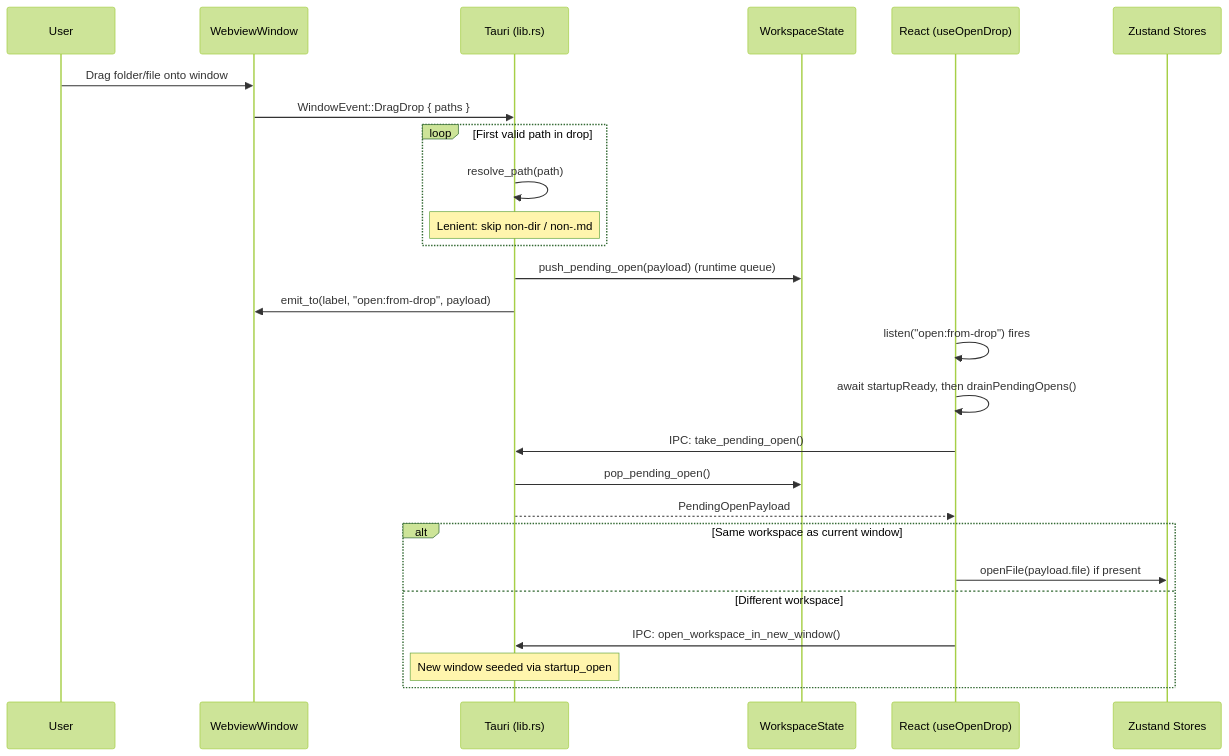
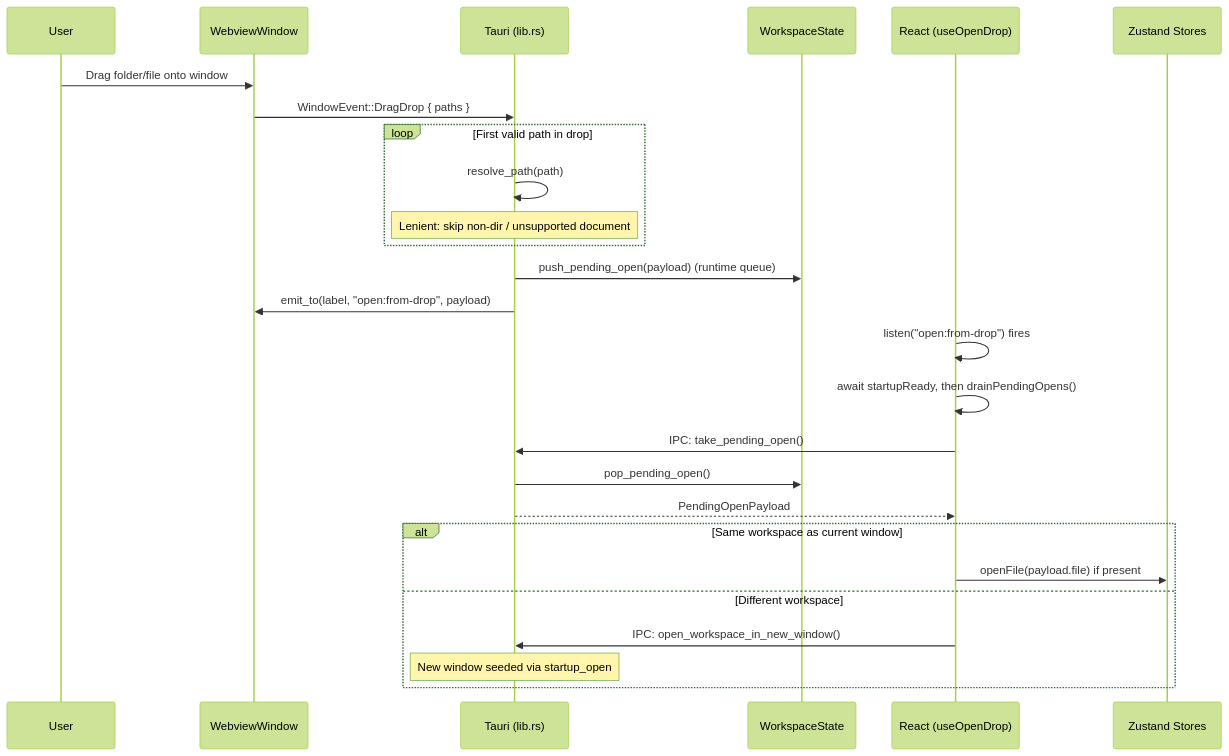
The second of 5 diagrams in docs/open-flow.md (Maidang1/writer-computer), drawn with Mermaid (forest theme) before and after one commit. The commit also changed other lines of this file and 53 other files, not shown here.

````diff
--- a/docs/open-flow.md
+++ b/docs/open-flow.md
@@ -84,31 +84,31 @@
 ```mermaid
 sequenceDiagram
     participant User
     participant WV as WebviewWindow
     participant Rust as Tauri (lib.rs)
     participant State as WorkspaceState
     participant React as React (useOpenDrop)
     participant Store as Zustand Stores
 
     User->>WV: Drag folder/file onto window
     WV->>Rust: WindowEvent::DragDrop { paths }
     loop First valid path in drop
         Rust->>Rust: resolve_path(path)
-        Note over Rust: Lenient: skip non-dir / non-.md
+        Note over Rust: Lenient: skip non-dir / unsupported document
     end
     Rust->>State: push_pending_open(payload)  (runtime queue)
     Rust->>WV: emit_to(label, "open:from-drop", payload)
 
     React->>React: listen("open:from-drop") fires
     React->>React: await startupReady, then drainPendingOpens()
     React->>Rust: IPC: take_pending_open()
     Rust->>State: pop_pending_open()
     Rust-->>React: PendingOpenPayload
 
     alt Same workspace as current window
         React->>Store: openFile(payload.file) if present
     else Different workspace
         React->>Rust: IPC: open_workspace_in_new_window()
         Note over Rust: New window seeded via startup_open
     end
 ```
````
